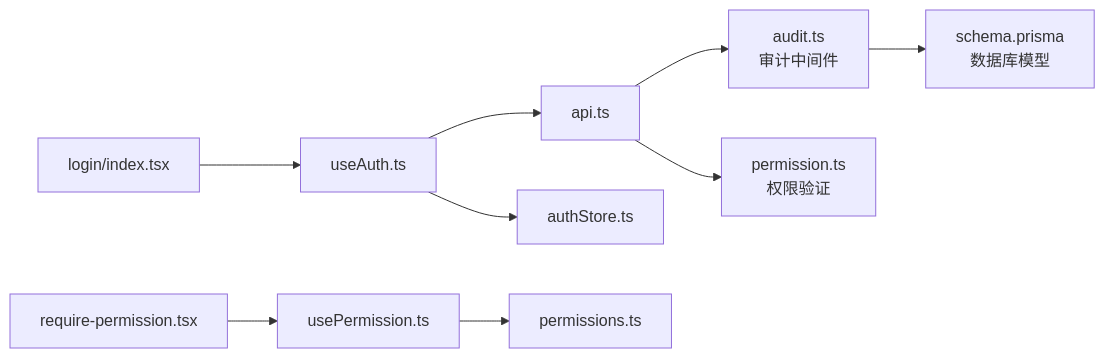
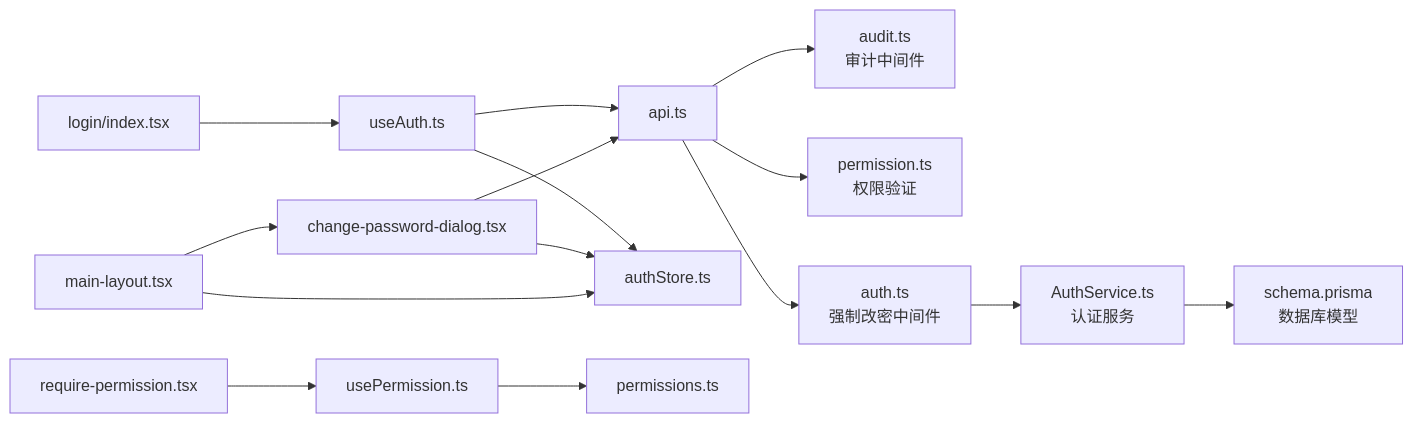
One commit to Damao997/newproject changed the tenth of 10 diagrams in .qoder/repowiki/zh/content/核心模块/用户认证系统.md. Above: the diagram before and after it, drawn with Mermaid. The commit also changed other lines of this file and 24 other files, not shown here.

````diff
--- a/.qoder/repowiki/zh/content/核心模块/用户认证系统.md
+++ b/.qoder/repowiki/zh/content/核心模块/用户认证系统.md
@@ -461,11 +596,17 @@
 ```mermaid
 graph LR
 USEAUTH["useAuth.ts"] --> API["api.ts"]
 USEAUTH --> AUTHSTORE["authStore.ts"]
 GUARD["require-permission.tsx"] --> PERMHOOK["usePermission.ts"]
 PERMHOOK --> PERMLIB["permissions.ts"]
 LOGIN["login/index.tsx"] --> USEAUTH
+DIALOG["change-password-dialog.tsx"] --> AUTHSTORE
+DIALOG --> API
+LAYOUT["main-layout.tsx"] --> DIALOG
+LAYOUT --> AUTHSTORE
 API --> AUDIT["audit.ts<br/>审计中间件"]
 API --> PERMS["permission.ts<br/>权限验证"]
-AUDIT --> SCHEMA["schema.prisma<br/>数据库模型"]
+API --> AUTHMW["auth.ts<br/>强制改密中间件"]
+AUTHMW --> SERVICES["AuthService.ts<br/>认证服务"]
+SERVICES --> SCHEMA["schema.prisma<br/>数据库模型"]
 ```
````
